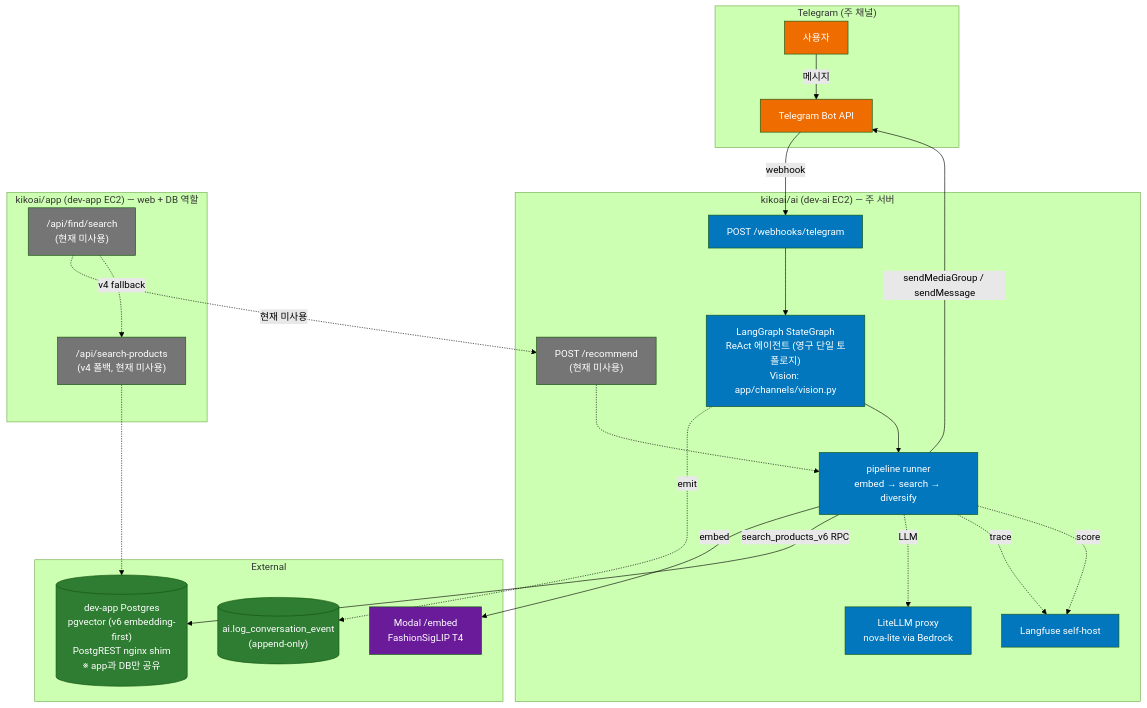
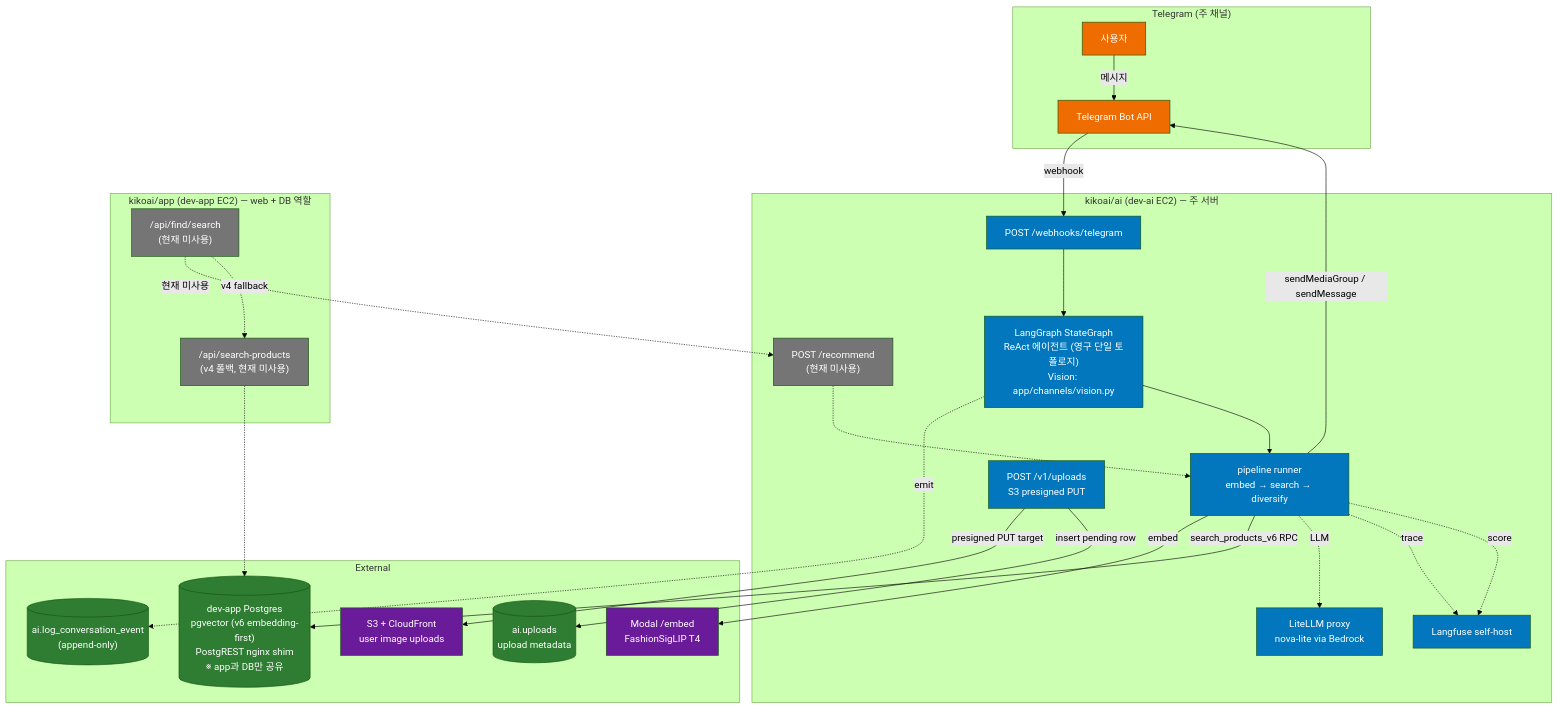
The first of 5 diagrams in docs/ARCHITECTURE.md (endurance-ai/ai-server), drawn with Mermaid (forest theme) before and after one commit. The commit also changed other lines of this file and 9 other files, not shown here.

Commit message:
feat(uploads): add image upload presign API

````diff
--- a/docs/ARCHITECTURE.md
+++ b/docs/ARCHITECTURE.md
@@ -33,57 +34,62 @@
 ```mermaid
 flowchart TB
     subgraph TG["Telegram (주 채널)"]
         TG_USER["사용자"]
         TG_API["Telegram Bot API"]
     end
 
     subgraph AI["kikoai/ai (dev-ai EC2) — 주 서버"]
         WH["POST /webhooks/telegram"]
         GRAPH["LangGraph StateGraph\nReAct 에이전트 (영구 단일 토폴로지)\nVision: app/channels/vision.py"]
         PIPE["pipeline runner\nembed → search → diversify"]
+        UPLOADS["POST /v1/uploads\nS3 presigned PUT"]
         LITELLM["LiteLLM proxy\nnova-lite via Bedrock"]
         LFW["Langfuse self-host"]
         REC["POST /recommend\n(현재 미사용)"]
     end
 
     subgraph Ext["External"]
         MODAL["Modal /embed\nFashionSigLIP T4"]
+        S3["S3 + CloudFront\nuser image uploads"]
         PG[("dev-app Postgres\npgvector (v6 embedding-first)\nPostgREST nginx shim\n※ app과 DB만 공유")]
         CONVLOG[("ai.log_conversation_event\n(append-only)")]
+        UPLOADDB[("ai.uploads\nupload metadata")]
     end
 
     subgraph App["kikoai/app (dev-app EC2) — web + DB 역할"]
         FIND["/api/find/search\n(현재 미사용)"]
         V4["/api/search-products\n(v4 폴백, 현재 미사용)"]
     end
 
     TG_USER -->|메시지| TG_API
     TG_API -->|webhook| WH
     WH --> GRAPH
     GRAPH -.emit.-> CONVLOG
     GRAPH --> PIPE
     PIPE -->|sendMediaGroup / sendMessage| TG_API
     PIPE -->|embed| MODAL
     PIPE -->|search_products_v6 RPC| PG
     PIPE -.LLM.-> LITELLM
     PIPE -.trace.-> LFW
     PIPE -.score.-> LFW
+    UPLOADS -->|presigned PUT target| S3
+    UPLOADS -->|insert pending row| UPLOADDB
 
     FIND -. "현재 미사용" .-> REC
     FIND -. "v4 fallback" .-> V4
     V4 -.-> PG
     REC -.-> PIPE
 
     classDef primary fill:#ef6c00,color:#fff
     classDef ai fill:#0277bd,color:#fff
     classDef ext fill:#6a1b9a,color:#fff
     classDef data fill:#2e7d32,color:#fff
     classDef muted fill:#757575,color:#fff
 
     class TG_USER,TG_API primary
-    class WH,GRAPH,PIPE,LITELLM,LFW ai
+    class WH,GRAPH,PIPE,UPLOADS,LITELLM,LFW ai
     class REC muted
-    class MODAL ext
-    class PG,CONVLOG data
+    class MODAL,S3 ext
+    class PG,CONVLOG,UPLOADDB data
     class FIND,V4 muted
 ```
````
